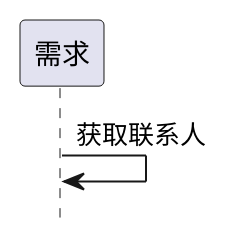
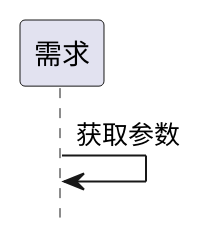
One commit to zj335841911/nt_chandao changed the second of 9 diagrams in ibizpms-docs/src/main/doc/v1/module/zentao/Story_old.md. Above: the diagram before and after it, drawn with PlantUML. The commit also changed other lines of this file and 44 other files, not shown here.

```diff
--- a/ibizpms-docs/src/main/doc/v1/module/zentao/Story_old.md
+++ b/ibizpms-docs/src/main/doc/v1/module/zentao/Story_old.md
@@ -252,5 +266,5 @@
 {% plantuml %}
 hide footbox
 
-需求 -> 需求: 获取联系人
+需求 -> 需求: 获取参数
 {% endplantuml %}
```
